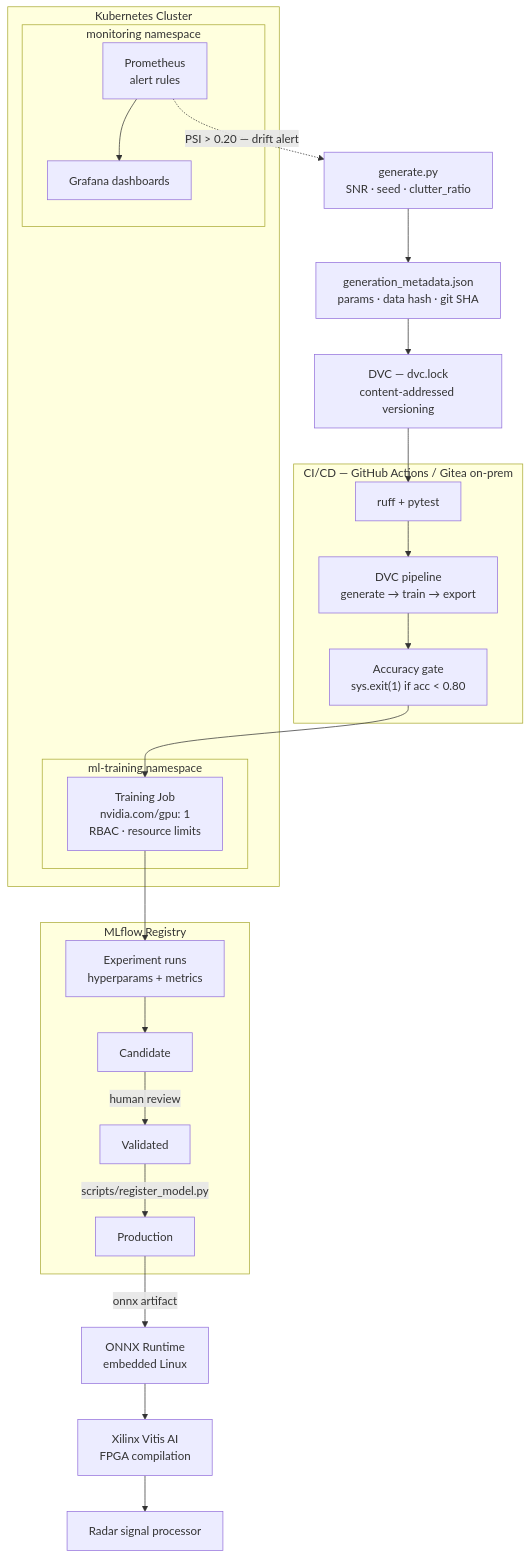
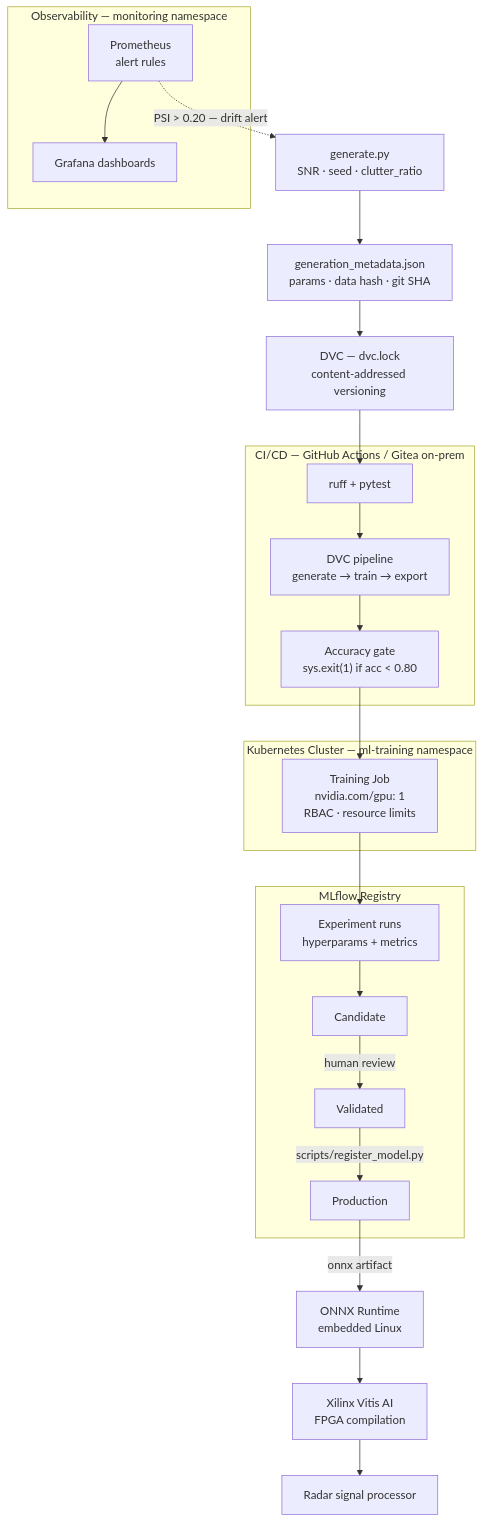
Before and after one commit to Michael-Bach/weibel-mlops-demo: the diagram in README.md, drawn with Mermaid.

Commit message:
Restructure architecture diagram: monitoring as separate subgraph below K8S

````diff
--- a/README.md
+++ b/README.md
@@ -30,43 +30,42 @@
 ```mermaid
 flowchart TD
     SG["generate.py\nSNR · seed · clutter_ratio"]
     META["generation_metadata.json\nparams · data hash · git SHA"]
     LOCK["DVC — dvc.lock\ncontent-addressed versioning"]
 
     subgraph CICD["CI/CD — GitHub Actions / Gitea on-prem"]
         LINT["ruff + pytest"]
         PIPE["DVC pipeline\ngenerate → train → export"]
         GATE["Accuracy gate\nsys.exit(1) if acc < 0.80"]
     end
 
-    subgraph K8S["Kubernetes Cluster"]
-        subgraph NS_TRAIN["ml-training namespace"]
-            JOB["Training Job\nnvidia.com/gpu: 1\nRBAC · resource limits"]
-        end
-        subgraph NS_MON["monitoring namespace"]
-            PROM["Prometheus\nalert rules"]
-            GRAF["Grafana dashboards"]
-        end
+    subgraph K8S["Kubernetes Cluster — ml-training namespace"]
+        JOB["Training Job\nnvidia.com/gpu: 1\nRBAC · resource limits"]
     end
 
     subgraph REG["MLflow Registry"]
         EXP["Experiment runs\nhyperparams + metrics"]
         CAND["Candidate"]
         VALIDATED["Validated"]
         PROD["Production"]
+    end
+
+    subgraph MON["Observability — monitoring namespace"]
+        PROM["Prometheus\nalert rules"]
+        GRAF["Grafana dashboards"]
     end
 
     ONNX_RT["ONNX Runtime\nembedded Linux"]
     FPGA["Xilinx Vitis AI\nFPGA compilation"]
     RADAR["Radar signal processor"]
 
     SG --> META --> LOCK
     LOCK --> LINT --> PIPE --> GATE
     GATE --> JOB
     JOB --> EXP --> CAND
     CAND -->|"human review"| VALIDATED
     VALIDATED -->|"scripts/register_model.py"| PROD
     PROD -->|"onnx artifact"| ONNX_RT --> FPGA --> RADAR
     PROM --> GRAF
     PROM -.->|"PSI > 0.20 — drift alert"| SG
 ```
````
